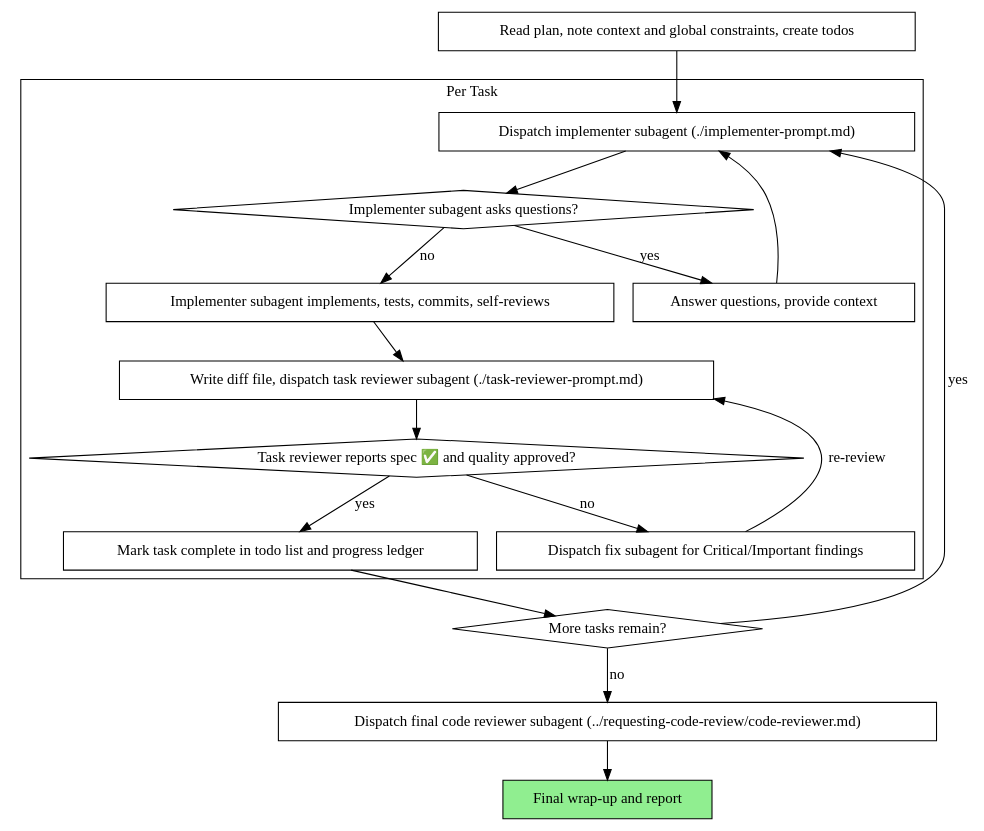
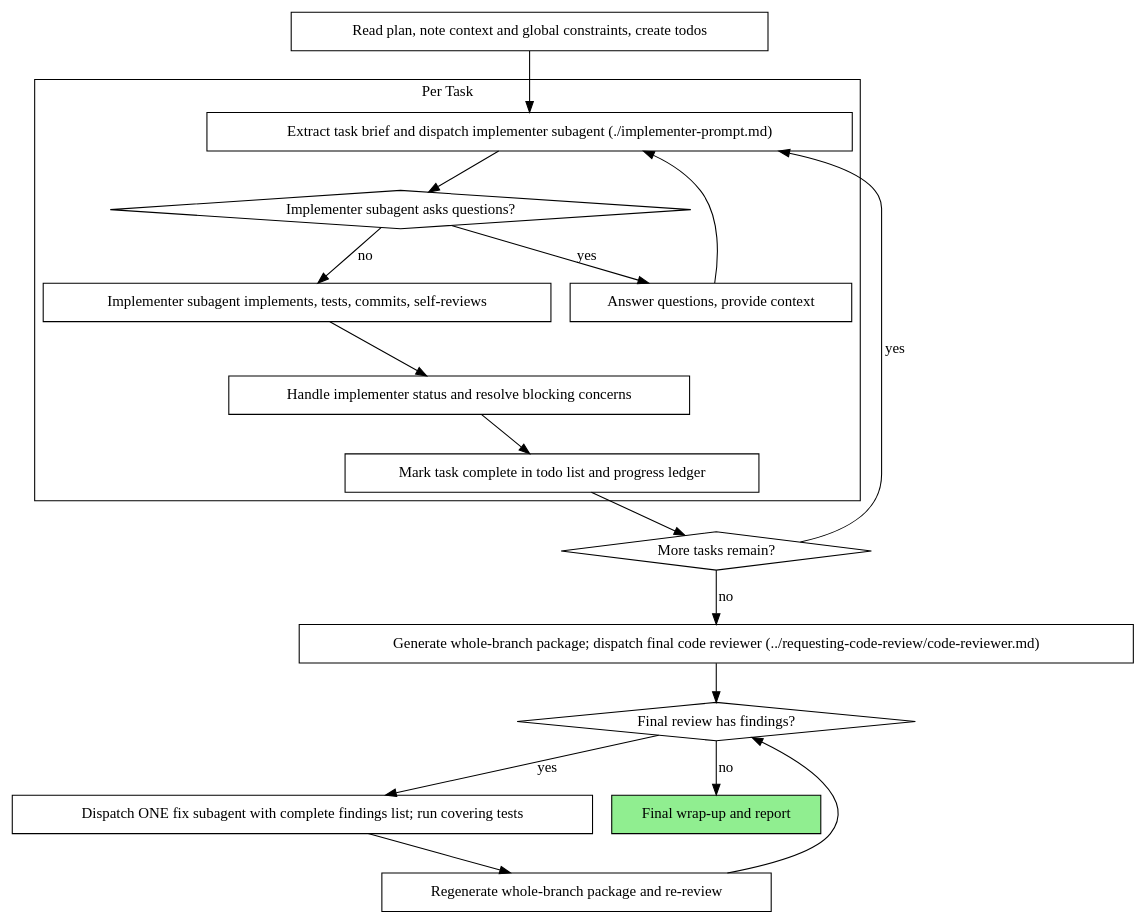
Before and after one commit to Ayazuki85/Build_AI_Environment_for_Windows10: the second of 2 diagrams in 我的常用skills/subagent-driven-development/SKILL.md, drawn with Graphviz. The commit also changed other lines of this file and 1 other file, not shown here.

Commit message:
Require implementer self-review; add final review

````diff
--- a/我的常用skills/subagent-driven-development/SKILL.md
+++ b/我的常用skills/subagent-driven-development/SKILL.md
@@ -47,37 +48,39 @@
 ```dot
 digraph process {
     rankdir=TB;
 
     subgraph cluster_per_task {
         label="Per Task";
-        "Dispatch implementer subagent (./implementer-prompt.md)" [shape=box];
+        "Extract task brief and dispatch implementer subagent (./implementer-prompt.md)" [shape=box];
         "Implementer subagent asks questions?" [shape=diamond];
         "Answer questions, provide context" [shape=box];
         "Implementer subagent implements, tests, commits, self-reviews" [shape=box];
-        "Write diff file, dispatch task reviewer subagent (./task-reviewer-prompt.md)" [shape=box];
-        "Task reviewer reports spec ✅ and quality approved?" [shape=diamond];
-        "Dispatch fix subagent for Critical/Important findings" [shape=box];
+        "Handle implementer status and resolve blocking concerns" [shape=box];
         "Mark task complete in todo list and progress ledger" [shape=box];
     }
 
     "Read plan, note context and global constraints, create todos" [shape=box];
     "More tasks remain?" [shape=diamond];
-    "Dispatch final code reviewer subagent (../requesting-code-review/code-reviewer.md)" [shape=box];
+    "Generate whole-branch package; dispatch final code reviewer (../requesting-code-review/code-reviewer.md)" [shape=box];
+    "Final review has findings?" [shape=diamond];
+    "Dispatch ONE fix subagent with complete findings list; run covering tests" [shape=box];
+    "Regenerate whole-branch package and re-review" [shape=box];
     "Final wrap-up and report" [shape=box style=filled fillcolor=lightgreen];
 
-    "Read plan, note context and global constraints, create todos" -> "Dispatch implementer subagent (./implementer-prompt.md)";
-    "Dispatch implementer subagent (./implementer-prompt.md)" -> "Implementer subagent asks questions?";
+    "Read plan, note context and global constraints, create todos" -> "Extract task brief and dispatch implementer subagent (./implementer-prompt.md)";
+    "Extract task brief and dispatch implementer subagent (./implementer-prompt.md)" -> "Implementer subagent asks questions?";
     "Implementer subagent asks questions?" -> "Answer questions, provide context" [label="yes"];
-    "Answer questions, provide context" -> "Dispatch implementer subagent (./implementer-prompt.md)";
+    "Answer questions, provide context" -> "Extract task brief and dispatch implementer subagent (./implementer-prompt.md)";
     "Implementer subagent asks questions?" -> "Implementer subagent implements, tests, commits, self-reviews" [label="no"];
-    "Implementer subagent implements, tests, commits, self-reviews" -> "Write diff file, dispatch task reviewer subagent (./task-reviewer-prompt.md)";
-    "Write diff file, dispatch task reviewer subagent (./task-reviewer-prompt.md)" -> "Task reviewer reports spec ✅ and quality approved?";
-    "Task reviewer reports spec ✅ and quality approved?" -> "Dispatch fix subagent for Critical/Important findings" [label="no"];
-    "Dispatch fix subagent for Critical/Important findings" -> "Write diff file, dispatch task reviewer subagent (./task-reviewer-prompt.md)" [label="re-review"];
-    "Task reviewer reports spec ✅ and quality approved?" -> "Mark task complete in todo list and progress ledger" [label="yes"];
+    "Implementer subagent implements, tests, commits, self-reviews" -> "Handle implementer status and resolve blocking concerns";
+    "Handle implementer status and resolve blocking concerns" -> "Mark task complete in todo list and progress ledger";
     "Mark task complete in todo list and progress ledger" -> "More tasks remain?";
-    "More tasks remain?" -> "Dispatch implementer subagent (./implementer-prompt.md)" [label="yes"];
-    "More tasks remain?" -> "Dispatch final code reviewer subagent (../requesting-code-review/code-reviewer.md)" [label="no"];
-    "Dispatch final code reviewer subagent (../requesting-code-review/code-reviewer.md)" -> "Final wrap-up and report";
+    "More tasks remain?" -> "Extract task brief and dispatch implementer subagent (./implementer-prompt.md)" [label="yes"];
+    "More tasks remain?" -> "Generate whole-branch package; dispatch final code reviewer (../requesting-code-review/code-reviewer.md)" [label="no"];
+    "Generate whole-branch package; dispatch final code reviewer (../requesting-code-review/code-reviewer.md)" -> "Final review has findings?";
+    "Final review has findings?" -> "Dispatch ONE fix subagent with complete findings list; run covering tests" [label="yes"];
+    "Dispatch ONE fix subagent with complete findings list; run covering tests" -> "Regenerate whole-branch package and re-review";
+    "Regenerate whole-branch package and re-review" -> "Final review has findings?";
+    "Final review has findings?" -> "Final wrap-up and report" [label="no"];
 }
 ```
````
